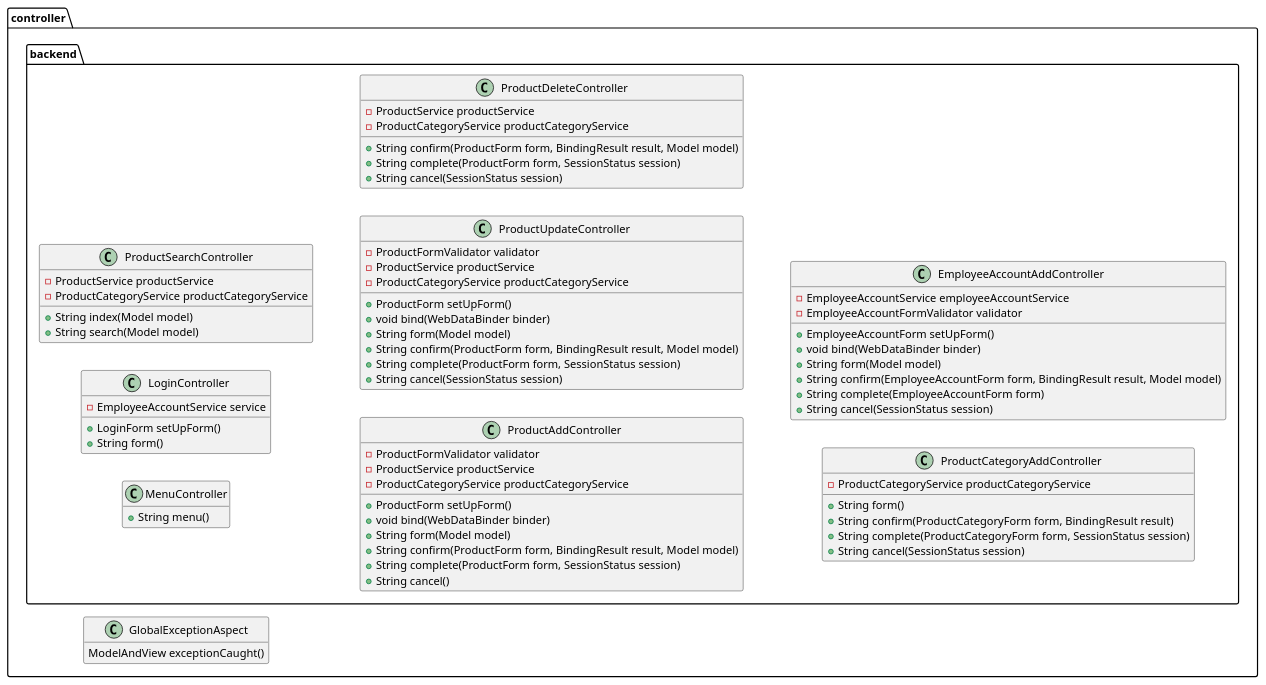
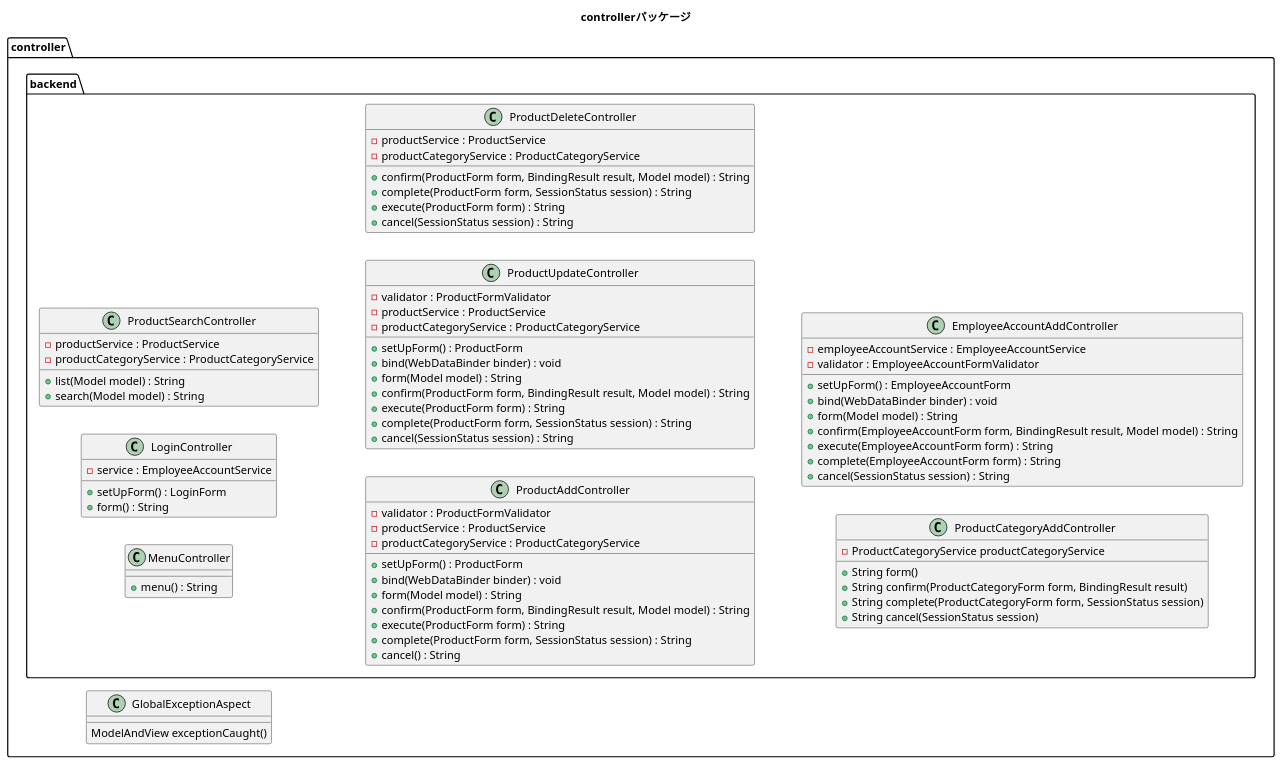
Before and after one commit to imagepit/fullness-ec: the diagram in plan/diagram/class/package_controller.puml, drawn with PlantUML. The commit also changed 89 other files, not shown here.

```diff
--- a/plan/diagram/class/package_controller.puml
+++ b/plan/diagram/class/package_controller.puml
@@ -1,76 +1,78 @@
 @startuml
 
-skinparam shadowing false
-hide empty methods
-hide empty fields
+title controllerパッケージ
 left to right direction
 
 package controller{
     class GlobalExceptionAspect{
         ModelAndView exceptionCaught()
     }
     package backend{
         class MenuController{
-            + String menu()
+            + menu() : String
         }
         class LoginController{
-            - EmployeeAccountService service
-            + LoginForm setUpForm()
-            + String form()
+            - service : EmployeeAccountService
+            + setUpForm() : LoginForm
+            + form() : String
         }
         class ProductSearchController{
-            - ProductService productService
-            - ProductCategoryService productCategoryService
-            + String index(Model model)
-            + String search(Model model)
+            - productService : ProductService
+            - productCategoryService : ProductCategoryService
+            + list(Model model) : String
+            + search(Model model) : String
         }
         class ProductAddController{
-            - ProductFormValidator validator
-            - ProductService productService
-            - ProductCategoryService productCategoryService
-            + ProductForm setUpForm()
-            + void bind(WebDataBinder binder)
-            + String form(Model model)
-            + String confirm(ProductForm form, BindingResult result, Model model)
-            + String complete(ProductForm form, SessionStatus session)
-            + String cancel()
+            - validator : ProductFormValidator
+            - productService : ProductService
+            - productCategoryService : ProductCategoryService
+            + setUpForm() : ProductForm
+            + bind(WebDataBinder binder) : void
+            + form(Model model) : String
+            + confirm(ProductForm form, BindingResult result, Model model) : String
+            + execute(ProductForm form) : String
+            + complete(ProductForm form, SessionStatus session) : String
+            + cancel() : String
         }
         class ProductUpdateController{
-            - ProductFormValidator validator
-            - ProductService productService
-            - ProductCategoryService productCategoryService
-            + ProductForm setUpForm()
-            + void bind(WebDataBinder binder)
-            + String form(Model model)
-            + String confirm(ProductForm form, BindingResult result, Model model)
-            + String complete(ProductForm form, SessionStatus session)
-            + String cancel(SessionStatus session)
+            - validator : ProductFormValidator
+            - productService : ProductService
+            - productCategoryService : ProductCategoryService
+            + setUpForm() : ProductForm
+            + bind(WebDataBinder binder) : void
+            + form(Model model) : String
+            + confirm(ProductForm form, BindingResult result, Model model) : String
+            + execute(ProductForm form) : String
+            + complete(ProductForm form, SessionStatus session) : String
+            + cancel(SessionStatus session) : String
         }
         class ProductDeleteController{
-            - ProductService productService
-            - ProductCategoryService productCategoryService
-            + String confirm(ProductForm form, BindingResult result, Model model)
-            + String complete(ProductForm form, SessionStatus session)
-            + String cancel(SessionStatus session)
+            - productService : ProductService
+            - productCategoryService : ProductCategoryService
+            + confirm(ProductForm form, BindingResult result, Model model) : String
+            + complete(ProductForm form, SessionStatus session) : String
+            + execute(ProductForm form) : String
+            + cancel(SessionStatus session) : String
         }
         class ProductCategoryAddController{
             - ProductCategoryService productCategoryService
             + String form()
             + String confirm(ProductCategoryForm form, BindingResult result)
             + String complete(ProductCategoryForm form, SessionStatus session)
             + String cancel(SessionStatus session)
         }
         class EmployeeAccountAddController{
-            - EmployeeAccountService employeeAccountService
-            - EmployeeAccountFormValidator validator
-            + EmployeeAccountForm setUpForm()
-            + void bind(WebDataBinder binder)
-            + String form(Model model)
-            + String confirm(EmployeeAccountForm form, BindingResult result, Model model)
-            + String complete(EmployeeAccountForm form)
-            + String cancel(SessionStatus session)
+            - employeeAccountService : EmployeeAccountService
+            - validator : EmployeeAccountFormValidator
+            + setUpForm() : EmployeeAccountForm
+            + bind(WebDataBinder binder) : void
+            + form(Model model) : String
+            + confirm(EmployeeAccountForm form, BindingResult result, Model model) : String
+            + execute(EmployeeAccountForm form) : String
+            + complete(EmployeeAccountForm form) : String
+            + cancel(SessionStatus session) : String
         }
     }
 }
 
 @enduml
```
